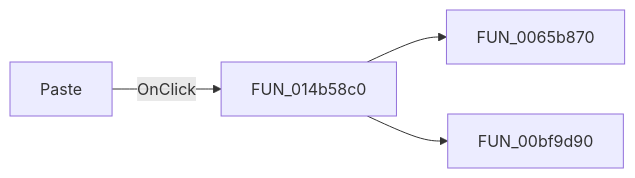
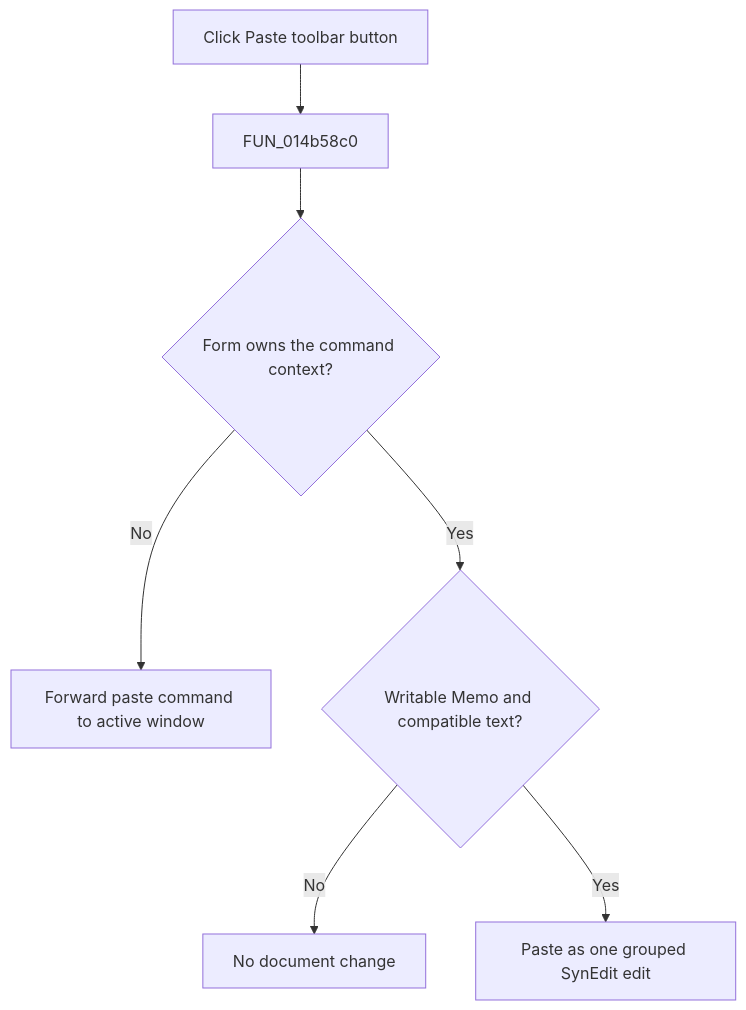
One commit to MovGP0/TIARA changed the diagram in docs/ui-controls/netlistviewer/pastebutton-74651e7964.md. Above: the diagram before and after it, drawn with Mermaid. The commit also changed other lines of this file and 1062 other files, not shown here.

````diff
--- a/docs/ui-controls/netlistviewer/pastebutton-74651e7964.md
+++ b/docs/ui-controls/netlistviewer/pastebutton-74651e7964.md
@@ -27,6 +27,9 @@
 ```mermaid
-flowchart LR
-    control["Paste"] -->|OnClick| handler["FUN_014b58c0"]
-    handler --> call1["FUN_0065b870"]
-    handler --> call2["FUN_00bf9d90"]
+flowchart TD
+    control["Click Paste toolbar button"] --> handler["FUN_014b58c0"]
+    handler --> context{"Form owns the command context?"}
+    context -->|No| forward["Forward paste command to active window"]
+    context -->|Yes| input{"Writable Memo and compatible text?"}
+    input -->|No| noop["No document change"]
+    input -->|Yes| paste["Paste as one grouped SynEdit edit"]
 ```
````
